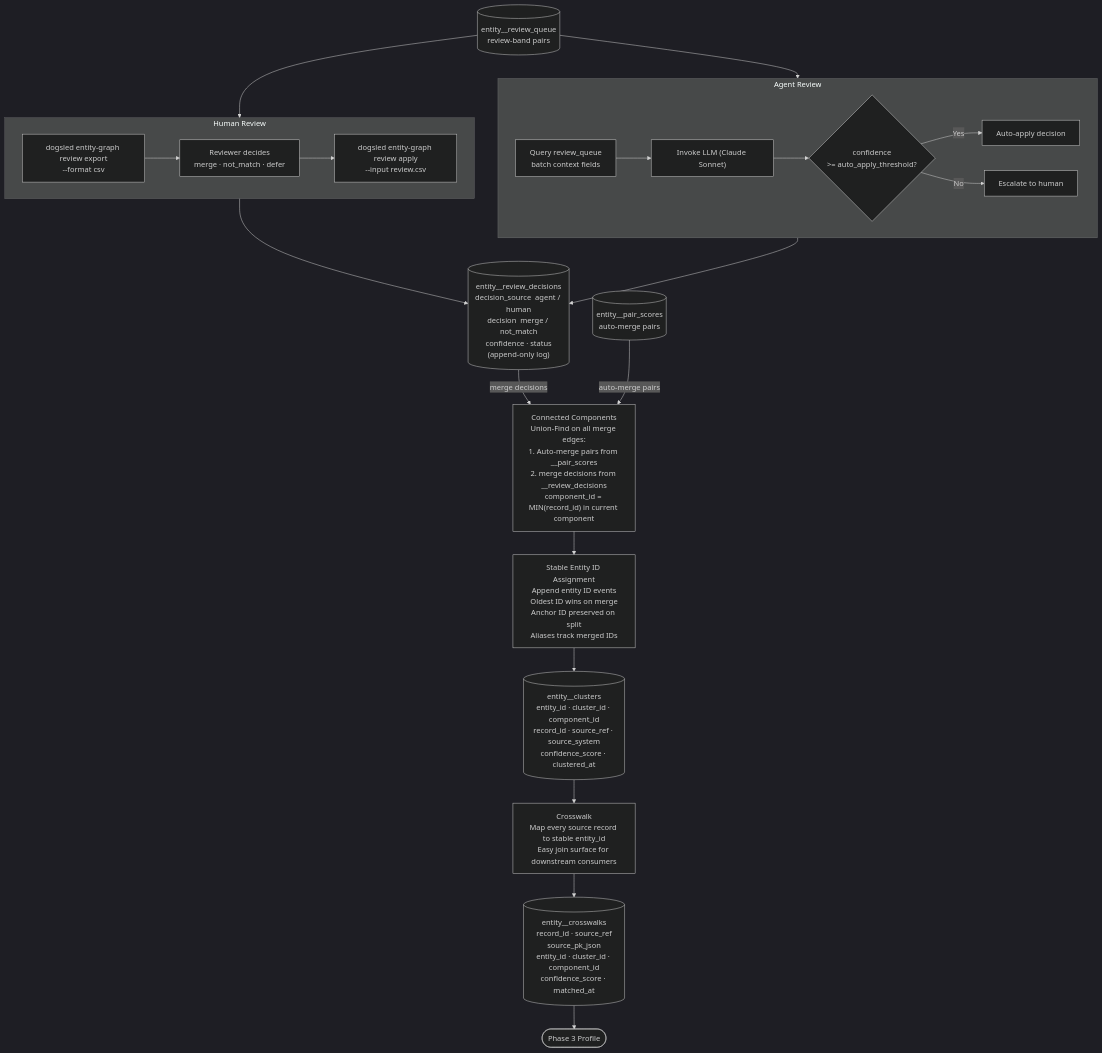
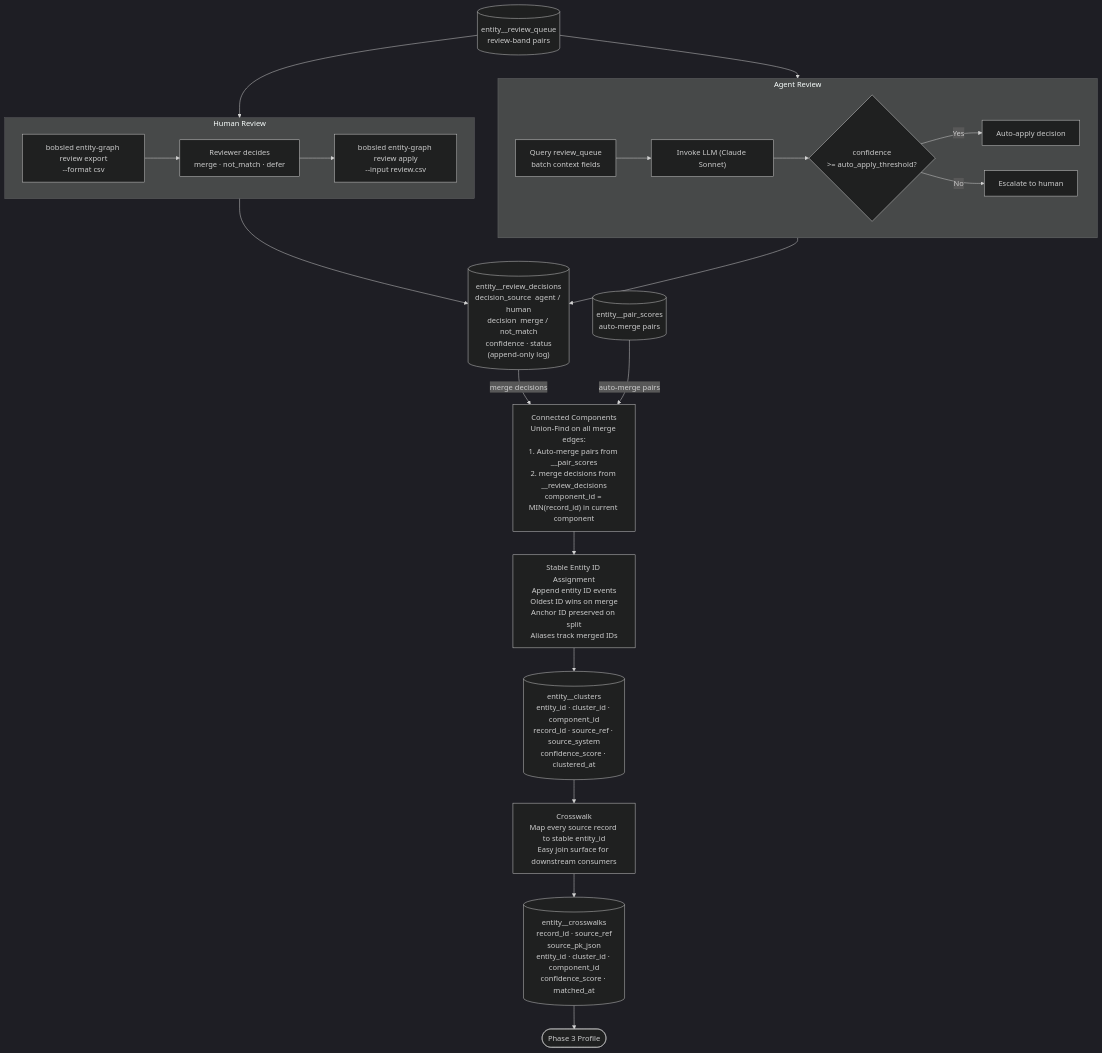
Before and after one commit to bobsled-inc/dogsled-core: the third of 4 diagrams in docs/reference/advanced/entity-graph-workflow-diagrams.md, drawn with Mermaid (dark theme). The commit also changed other lines of this file and 765 other files, not shown here.

````diff
--- a/docs/reference/advanced/entity-graph-workflow-diagrams.md
+++ b/docs/reference/advanced/entity-graph-workflow-diagrams.md
@@ -140,42 +140,42 @@
 ```mermaid
 flowchart TD
     t_scores_in[("entity__pair_scores\nauto-merge pairs")]
     t_queue_in[("entity__review_queue\nreview-band pairs")]
 
     subgraph HR["Human Review"]
-        hexp["dogsled entity-graph review export\n--format csv"]
+        hexp["bobsled entity-graph review export\n--format csv"]
         hdec["Reviewer decides\nmerge · not_match · defer"]
-        happ["dogsled entity-graph review apply\n--input review.csv"]
+        happ["bobsled entity-graph review apply\n--input review.csv"]
         hexp --> hdec --> happ
     end
 
     subgraph AR["Agent Review"]
         abatch["Query review_queue\nbatch context fields"]
         allm["Invoke LLM (Claude Sonnet)"]
         aconf{"confidence\n>= auto_apply_threshold?"}
         aauto["Auto-apply decision"]
         aesc["Escalate to human"]
         abatch --> allm --> aconf
         aconf -->|Yes| aauto
         aconf -->|No| aesc
     end
 
     t_decisions[("entity__review_decisions\ndecision_source  agent / human\ndecision  merge / not_match\nconfidence · status\n(append-only log)")]
 
     clu["Connected Components\nUnion-Find on all merge edges:\n1. Auto-merge pairs from __pair_scores\n2. merge decisions from __review_decisions\ncomponent_id = MIN(record_id) in current component"]
 
     sid["Stable Entity ID Assignment\nAppend entity ID events\nOldest ID wins on merge\nAnchor ID preserved on split\nAliases track merged IDs"]
 
     t_clusters[("entity__clusters\nentity_id · cluster_id · component_id\nrecord_id · source_ref · source_system\nconfidence_score · clustered_at")]
 
     xwk["Crosswalk\nMap every source record to stable entity_id\nEasy join surface for downstream consumers"]
 
     t_xwk[("entity__crosswalks\nrecord_id · source_ref\nsource_pk_json\nentity_id · cluster_id · component_id\nconfidence_score · matched_at")]
 
     t_queue_in --> HR & AR
     HR & AR --> t_decisions
     t_decisions -->|"merge decisions"| clu
     t_scores_in -->|"auto-merge pairs"| clu
     clu --> sid --> t_clusters --> xwk --> t_xwk
     t_xwk --> PH3(["Phase 3 Profile"])
 ```
````
